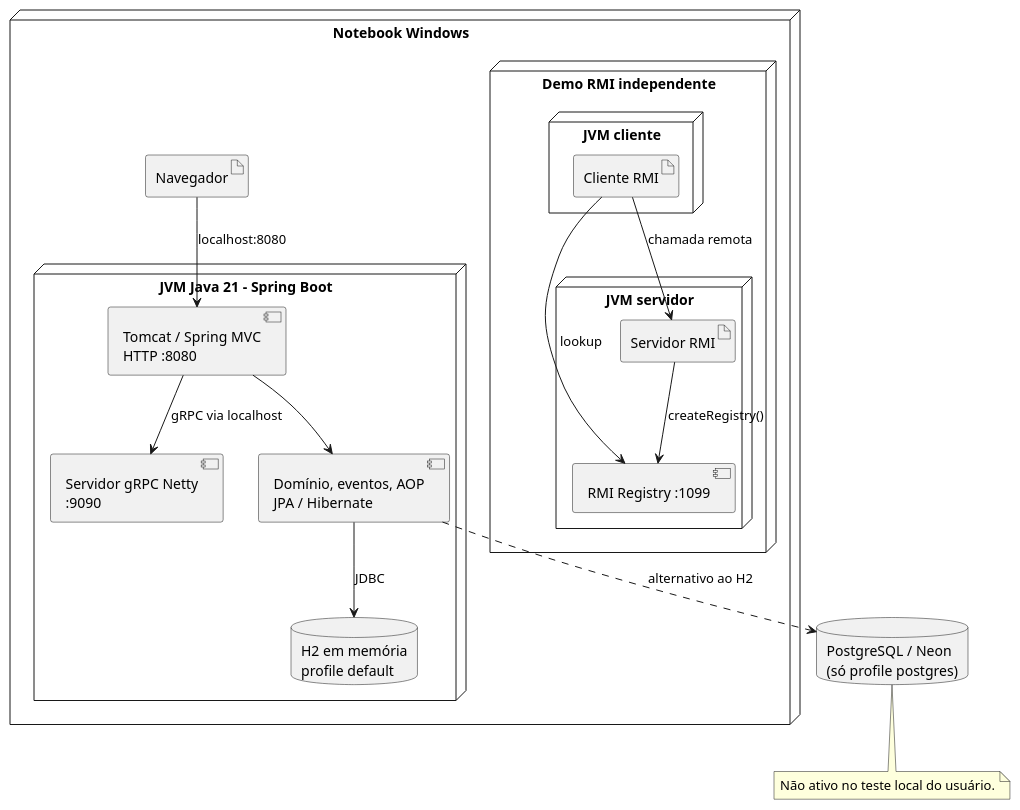
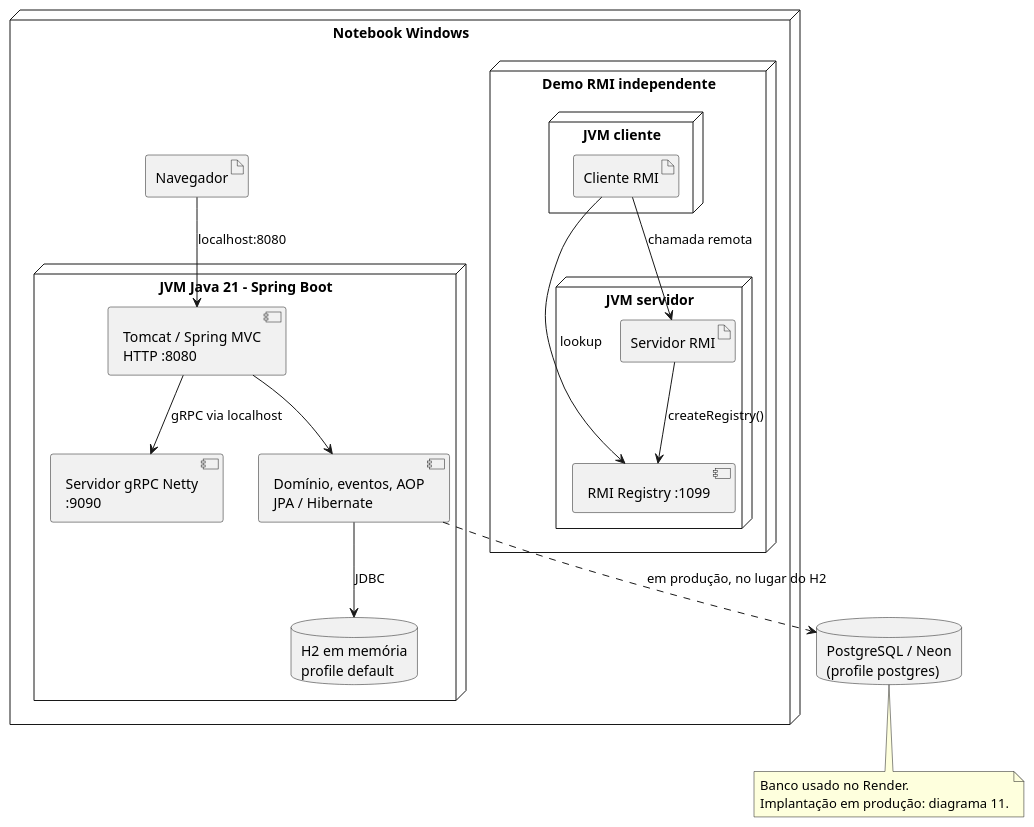
Before and after one commit to GabrielKayran/spring-petclinic: the diagram in docs/uml/puml/09_implantacao_execucao_local.puml, drawn with PlantUML. The commit also changed 24 other files, not shown here.

First line of the commit message:
UML: diagrama de produção (Render + Neon) e correções nos diagramas

```diff
--- a/docs/uml/puml/09_implantacao_execucao_local.puml
+++ b/docs/uml/puml/09_implantacao_execucao_local.puml
@@ -1,34 +1,35 @@
 @startuml
 skinparam backgroundColor white
 skinparam shadowing false
 node "Notebook Windows" {
   artifact "Navegador" as browser
   node "JVM Java 21 - Spring Boot" {
     component "Tomcat / Spring MVC\nHTTP :8080" as http
     component "Servidor gRPC Netty\n:9090" as grpc
     component "Domínio, eventos, AOP\nJPA / Hibernate" as app
     database "H2 em memória\nprofile default" as h2
     http --> app
     http --> grpc : gRPC via localhost
     app --> h2 : JDBC
   }
   browser --> http : localhost:8080
   node "Demo RMI independente" {
     node "JVM cliente" {
       artifact "Cliente RMI" as rmic
     }
     node "JVM servidor" {
       component "RMI Registry :1099" as reg
       artifact "Servidor RMI" as rmis
       rmis --> reg : createRegistry()
     }
     rmic --> reg : lookup
     rmic --> rmis : chamada remota
   }
 }
-database "PostgreSQL / Neon\n(só profile postgres)" as pg
-app ..> pg : alternativo ao H2
+database "PostgreSQL / Neon\n(profile postgres)" as pg
+app ..> pg : em produção, no lugar do H2
 note bottom of pg
-  Não ativo no teste local do usuário.
+  Banco usado no Render.
+  Implantação em produção: diagrama 11.
 end note
 @enduml
```
